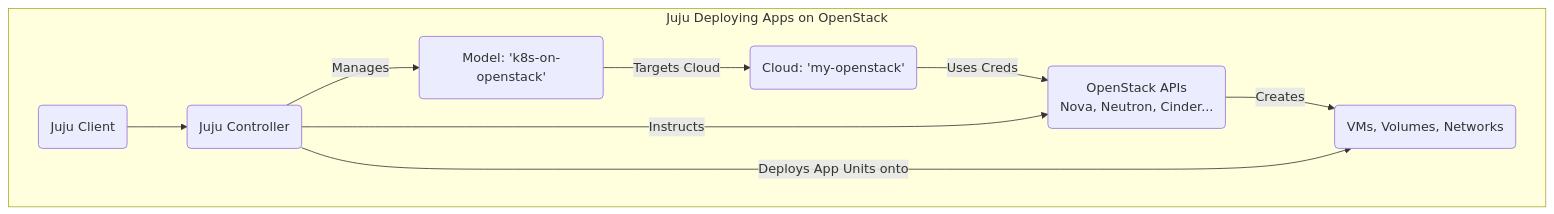
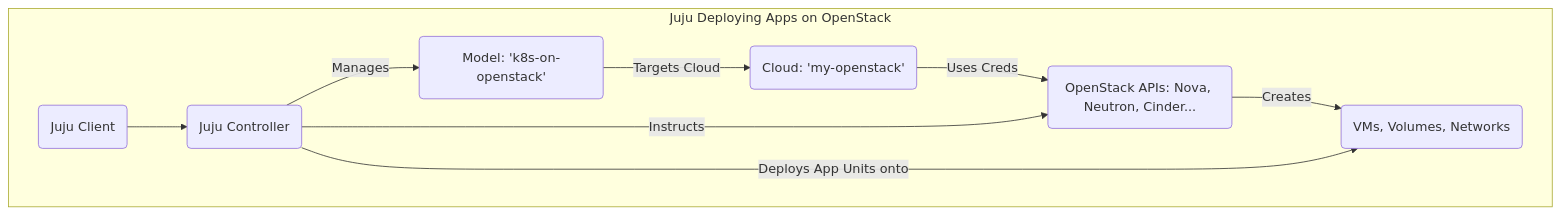
One commit to faizahmedfarooqui/blog.faizahmed.in changed the diagram in cm9o74s24000008l6bdt4a9lp.md. Above: the diagram before and after it, drawn with Mermaid. The commit also changed other lines of this file, not shown here.

````diff
--- a/cm9o74s24000008l6bdt4a9lp.md
+++ b/cm9o74s24000008l6bdt4a9lp.md
@@ -82,12 +86,12 @@
 ```mermaid
 graph TD
     subgraph "Juju Deploying Apps on OpenStack"
         CLI(Juju Client) --> Controller(Juju Controller);
         Controller -- Manages --> AppModel(Model: 'k8s-on-openstack');
         AppModel -- Targets Cloud --> OSCloud(Cloud: 'my-openstack');
-        OSCloud -- Uses Creds --> OSAPI(OpenStack APIs <br> Nova, Neutron, Cinder...);
+        OSCloud -- Uses Creds --> OSAPI(OpenStack APIs: Nova, Neutron, Cinder...);
         Controller -- Instructs --> OSAPI;
         OSAPI -- Creates --> Resources(VMs, Volumes, Networks);
         Controller -- Deploys App Units onto --> Resources;
     end
 ```
````
